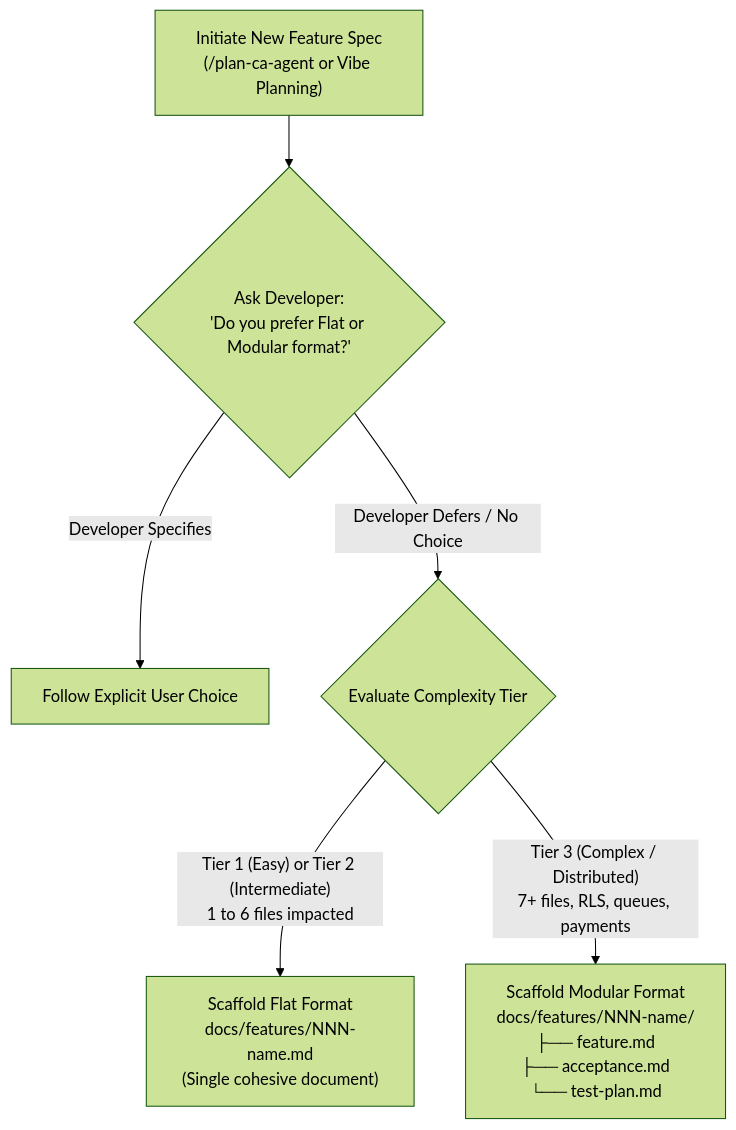
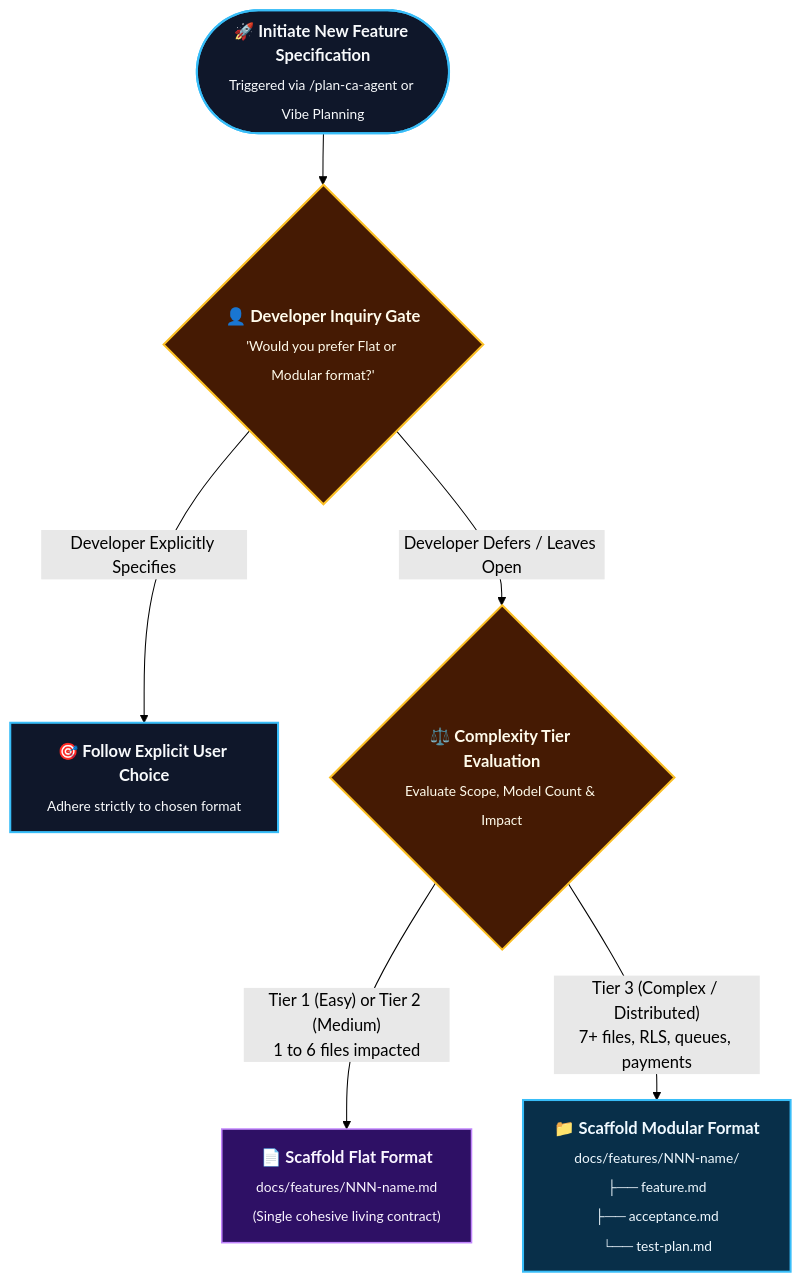
Before and after one commit to rmsofficialsyt/Agentic-AI-Vibe-Coding-AND-SDD-TDD-Codebase-Chandan-Adhikary: the first of 3 diagrams in Vibe-Coding-Chandan-Adhikary/Vibe-Coding/docs/features/README.md, drawn with Mermaid (forest theme). The commit also changed other lines of this file and 23 other files, not shown here.

Commit message:
docs: redesign diagrams to Eraser.io visual style and regenerate MANIFEST.json

````diff
--- a/Vibe-Coding-Chandan-Adhikary/Vibe-Coding/docs/features/README.md
+++ b/Vibe-Coding-Chandan-Adhikary/Vibe-Coding/docs/features/README.md
@@ -25,10 +25,15 @@
 ```mermaid
 flowchart TD
-    Start["Initiate New Feature Spec<br/>(/plan-ca-agent or Vibe Planning)"] --> DevAsk{"Ask Developer:<br/>'Do you prefer Flat or Modular format?'"}
+    classDef start fill:#0f172a,stroke:#38bdf8,stroke-width:2px,color:#f8fafc;
+    classDef gate fill:#451a03,stroke:#fbbf24,stroke-width:2px,color:#fffbeb;
+    classDef flat fill:#2e1065,stroke:#c084fc,stroke-width:1.5px,color:#faf5ff;
+    classDef modular fill:#082f49,stroke:#38bdf8,stroke-width:2px,color:#f0f9ff;
+
+    Start(["<b>🚀 Initiate New Feature Specification</b><br/><sub>Triggered via /plan-ca-agent or Vibe Planning</sub>"]):::start --> DevAsk{"<b>👤 Developer Inquiry Gate</b><br/><sub>'Would you prefer Flat or Modular format?'</sub>"}:::gate
     
-    DevAsk -->|"Developer Specifies"| UserChoice["Follow Explicit User Choice"]
-    DevAsk -->|"Developer Defers / No Choice"| AutoTier{"Evaluate Complexity Tier"}
+    DevAsk -->|"Developer Explicitly Specifies"| UserChoice["<b>🎯 Follow Explicit User Choice</b><br/><sub>Adhere strictly to chosen format</sub>"]:::start
+    DevAsk -->|"Developer Defers / Leaves Open"| AutoTier{"<b>⚖️ Complexity Tier Evaluation</b><br/><sub>Evaluate Scope, Model Count & Impact</sub>"}:::gate
     
-    AutoTier -->|"Tier 1 (Easy) or Tier 2 (Intermediate)<br/>1 to 6 files impacted"| FlatFormat["Scaffold Flat Format<br/>docs/features/NNN-name.md<br/>(Single cohesive document)"]
-    AutoTier -->|"Tier 3 (Complex / Distributed)<br/>7+ files, RLS, queues, payments"| ModularFormat["Scaffold Modular Format<br/>docs/features/NNN-name/<br/>├── feature.md<br/>├── acceptance.md<br/>└── test-plan.md"]
+    AutoTier -->|"Tier 1 (Easy) or Tier 2 (Medium)<br/>1 to 6 files impacted"| FlatFormat["<b>📄 Scaffold Flat Format</b><br/><sub>docs/features/NNN-name.md<br/>(Single cohesive living contract)</sub>"]:::flat
+    AutoTier -->|"Tier 3 (Complex / Distributed)<br/>7+ files, RLS, queues, payments"| ModularFormat["<b>📁 Scaffold Modular Format</b><br/><sub>docs/features/NNN-name/<br/>├── feature.md<br/>├── acceptance.md<br/>└── test-plan.md</sub>"]:::modular
 ```
````
